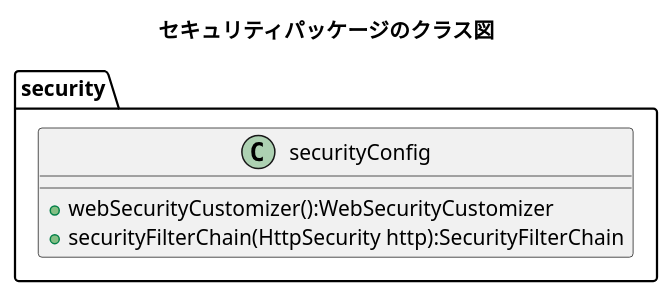
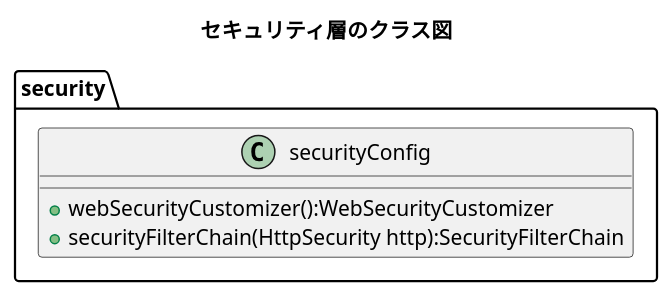
One commit to kanavii3333/ec-b changed the diagram in plan/uml/class/security.plantuml. Above: the diagram before and after it, drawn with PlantUML.

Commit message:
security.plantumlの更新

```diff
--- a/plan/uml/class/security.plantuml
+++ b/plan/uml/class/security.plantuml
@@ -1,12 +1,12 @@
-title セキュリティパッケージのクラス図
+title セキュリティ層のクラス図
 package security{
 
 		class securityConfig{
 			+ webSecurityCustomizer():WebSecurityCustomizer
 			+ securityFilterChain(HttpSecurity http):SecurityFilterChain
 		}
 	
 	
 		
 }
 @enduml
```
